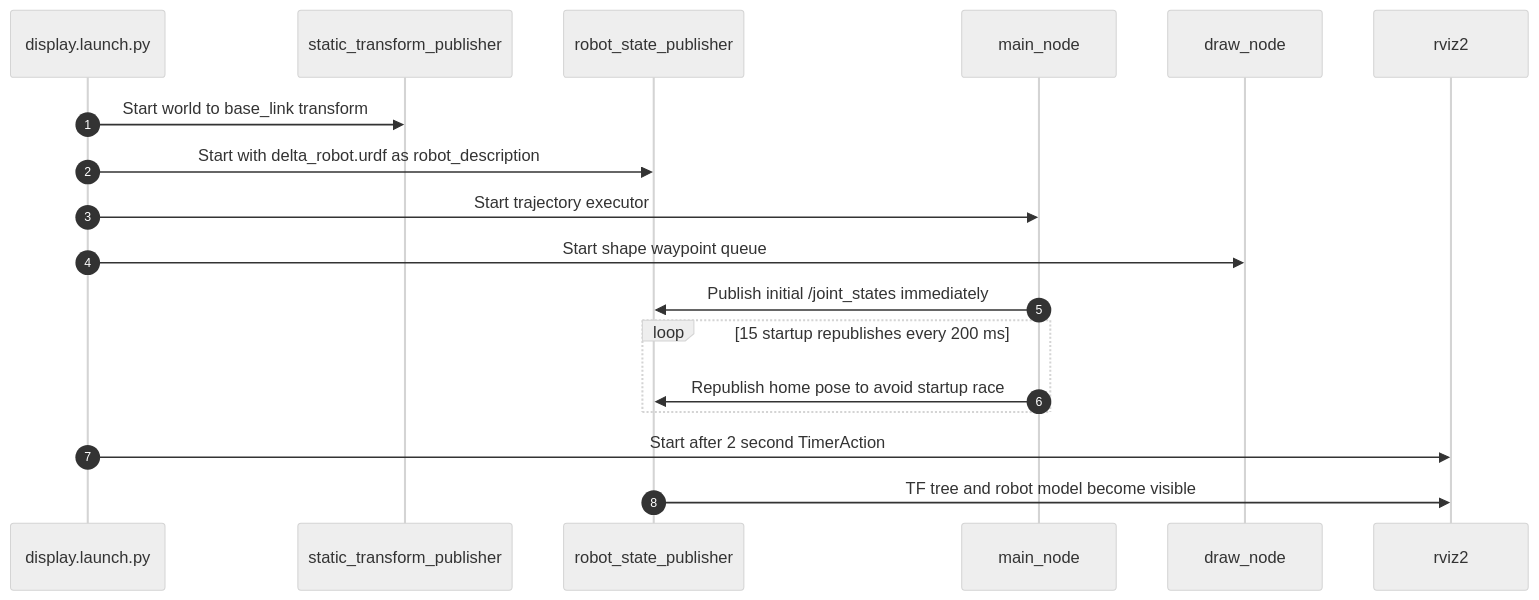
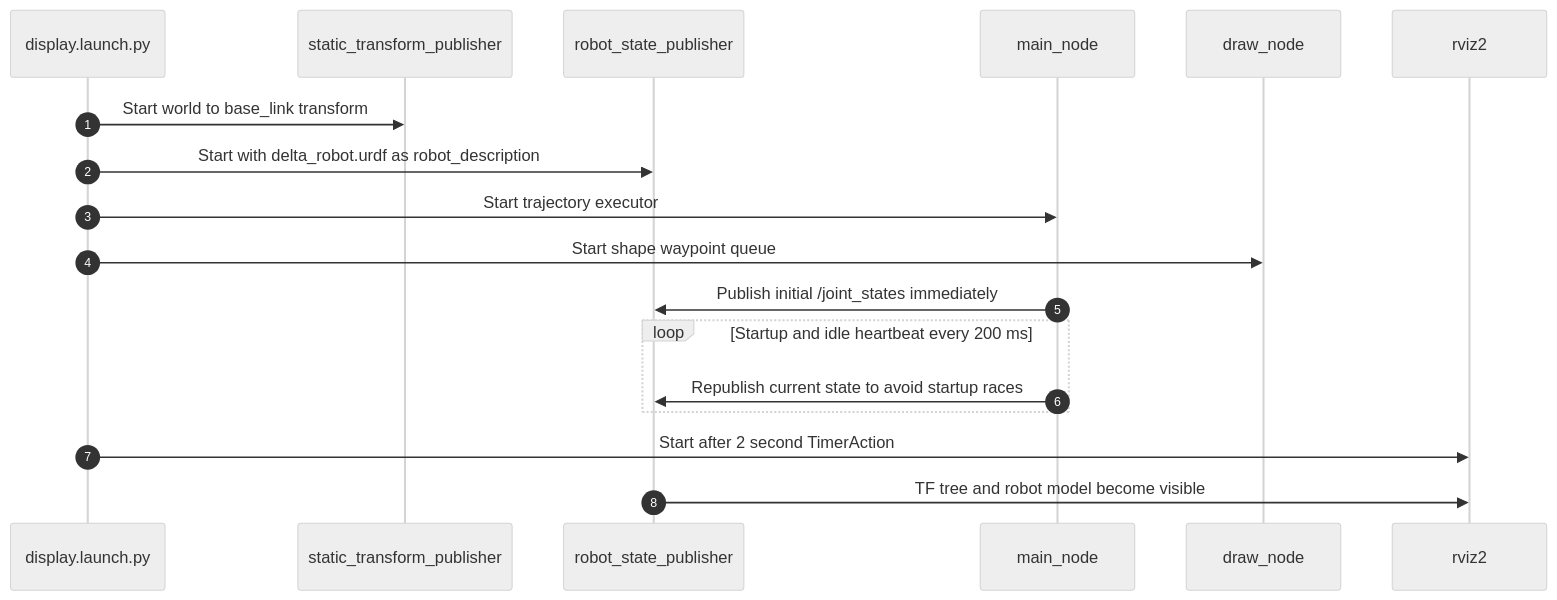
Before and after one commit to thanhduong8457/ROS: the fifth of 6 diagrams in docs/software_architecture.md, drawn with Mermaid (neutral theme). The commit also changed other lines of this file and 6 other files, not shown here.

````diff
--- a/docs/software_architecture.md
+++ b/docs/software_architecture.md
@@ -215,21 +224,21 @@
 ```mermaid
 sequenceDiagram
     autonumber
     participant Launch as display.launch.py
     participant StaticTF as static_transform_publisher
     participant RSP as robot_state_publisher
     participant Main as main_node
     participant Draw as draw_node
     participant RViz as rviz2
 
     Launch->>StaticTF: Start world to base_link transform
     Launch->>RSP: Start with delta_robot.urdf as robot_description
     Launch->>Main: Start trajectory executor
     Launch->>Draw: Start shape waypoint queue
     Main->>RSP: Publish initial /joint_states immediately
-    loop 15 startup republishes every 200 ms
-        Main->>RSP: Republish home pose to avoid startup race
+    loop Startup and idle heartbeat every 200 ms
+        Main->>RSP: Republish current state to avoid startup races
     end
     Launch->>RViz: Start after 2 second TimerAction
     RSP->>RViz: TF tree and robot model become visible
 ```
````
